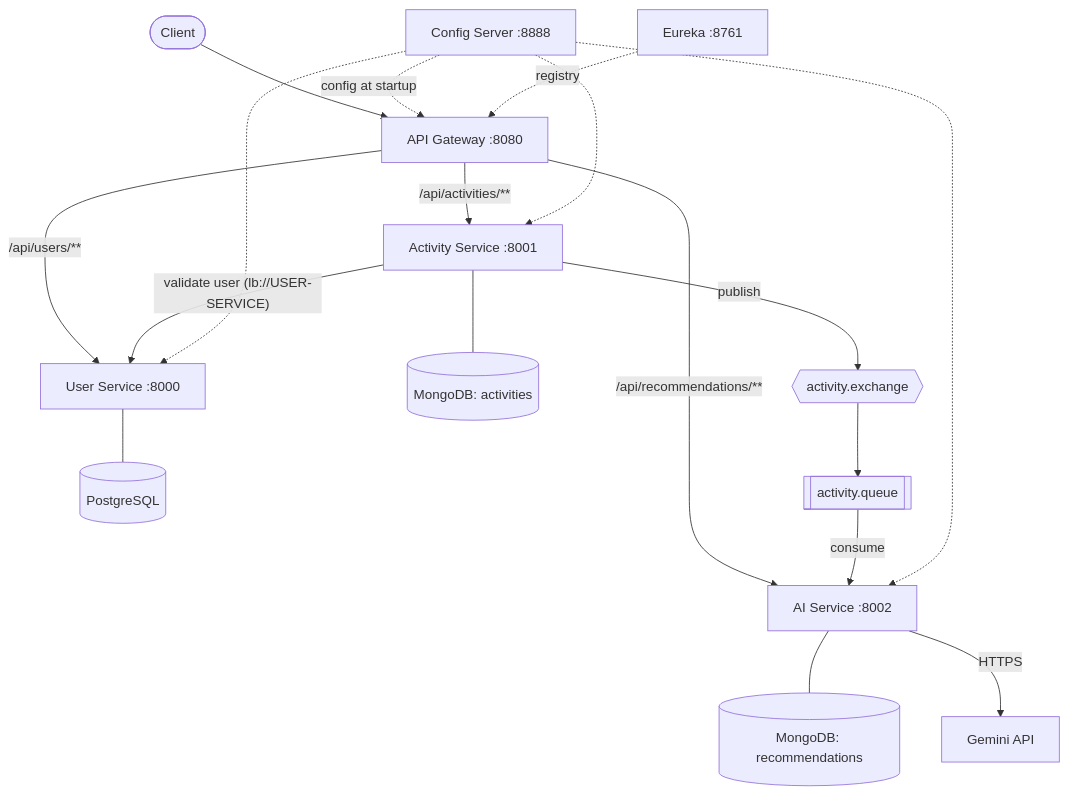
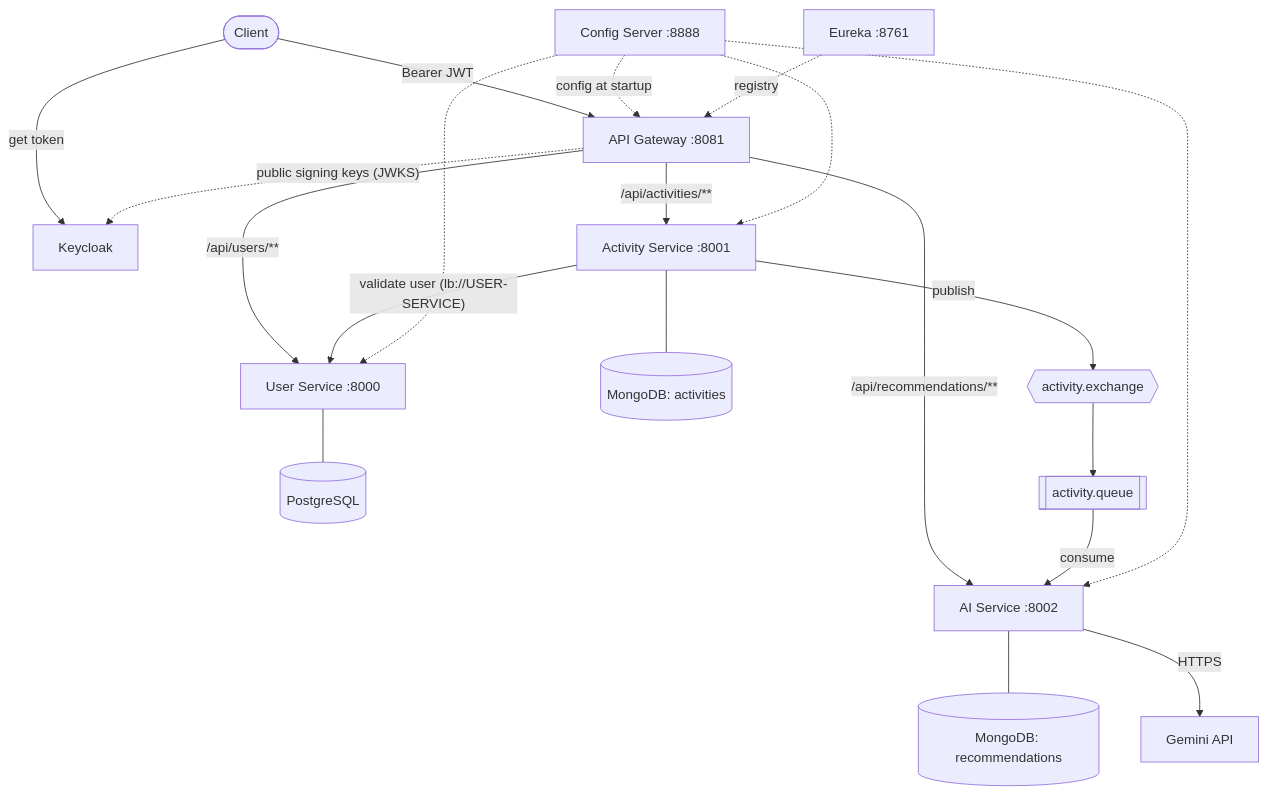
The first of 2 diagrams in README.md (KaraboMatsepane/repwise), drawn with Mermaid before and after one commit. The commit also changed other lines of this file and 3 other files, not shown here.

First line of the commit message:
feat: secure the gateway with Keycloak JWT validation

````diff
--- a/README.md
+++ b/README.md
@@ -31,25 +31,27 @@
 ```mermaid
 flowchart TD
-    client([Client]) --> gw["API Gateway :8080"]
+    client([Client]) -->|"get token"| kc["Keycloak"]
+    client -->|"Bearer JWT"| gw["API Gateway :8081"]
+    gw -.->|"public signing keys (JWKS)"| kc
 
     gw -->|"/api/users/**"| us["User Service :8000"]
     gw -->|"/api/activities/**"| as["Activity Service :8001"]
     gw -->|"/api/recommendations/**"| ai["AI Service :8002"]
 
     as -->|"validate user (lb://USER-SERVICE)"| us
 
     us --- pg[("PostgreSQL")]
     as --- m1[("MongoDB: activities")]
     ai --- m2[("MongoDB: recommendations")]
 
     as -->|publish| ex{{"activity.exchange"}}
     ex --> q[["activity.queue"]]
     q -->|consume| ai
     ai -->|HTTPS| gem["Gemini API"]
 
     cfg["Config Server :8888"] -.->|config at startup| gw
     cfg -.-> us
     cfg -.-> as
     cfg -.-> ai
     eu["Eureka :8761"] -.->|registry| gw
 ```
````
